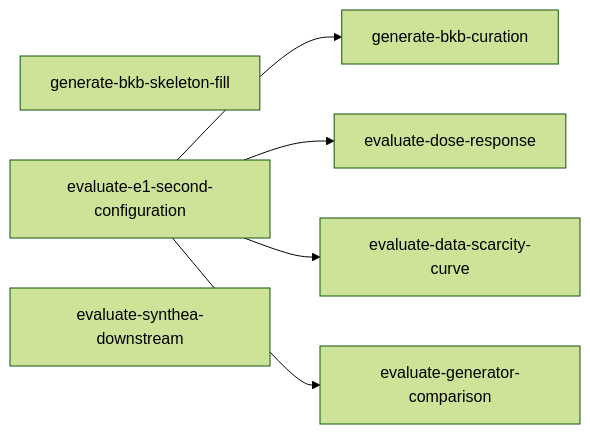
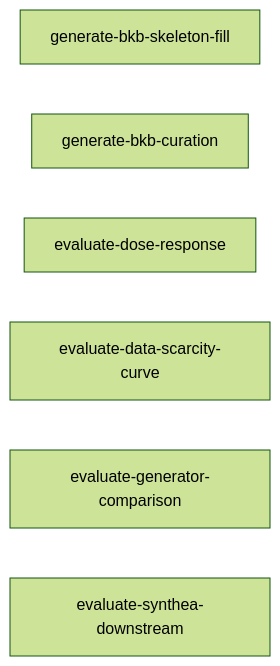
The diagram in tasks/experiments-index.md (joe-dartmouth/synthetic), drawn with Mermaid (forest theme) before and after one commit. The commit also changed other lines of this file and 28 other files, not shown here.

````diff
--- a/tasks/experiments-index.md
+++ b/tasks/experiments-index.md
@@ -31,9 +30,9 @@
 ```mermaid
 flowchart LR
     skeleton_fill[generate-bkb-skeleton-fill]
-    e1_second[evaluate-e1-second-configuration] --> bkb_curation[generate-bkb-curation]
-    e1_second[evaluate-e1-second-configuration] --> dose_response[evaluate-dose-response]
-    e1_second[evaluate-e1-second-configuration] --> scarcity_curve[evaluate-data-scarcity-curve]
-    e1_second[evaluate-e1-second-configuration] --> generator_comparison[evaluate-generator-comparison]
+    bkb_curation[generate-bkb-curation]
+    dose_response[evaluate-dose-response]
+    scarcity_curve[evaluate-data-scarcity-curve]
+    generator_comparison[evaluate-generator-comparison]
     synthea_downstream[evaluate-synthea-downstream]
 ```
````
